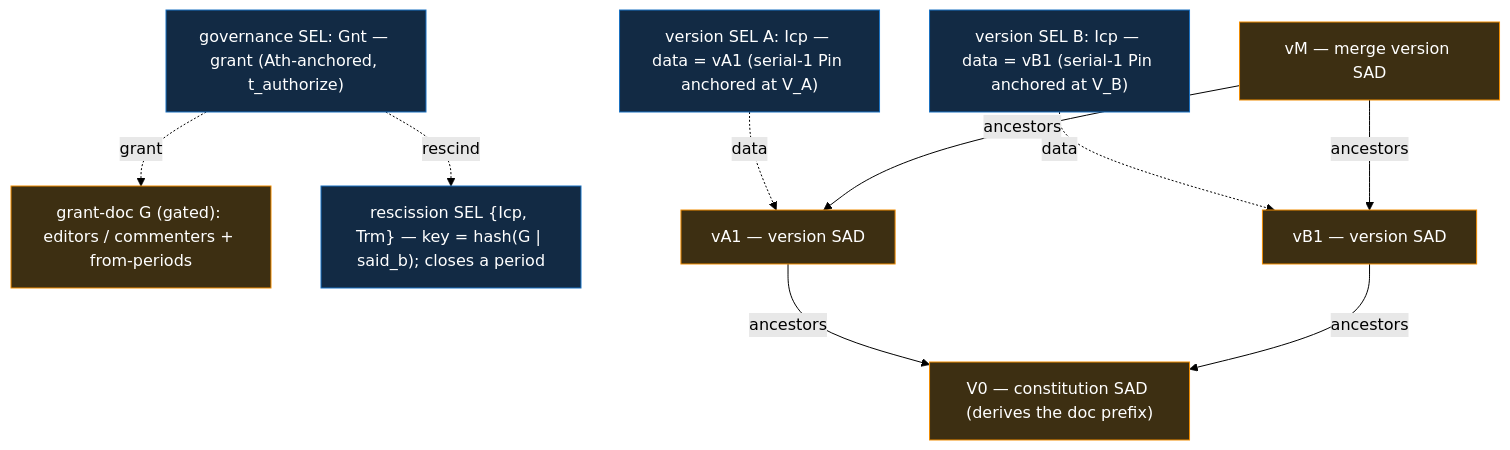
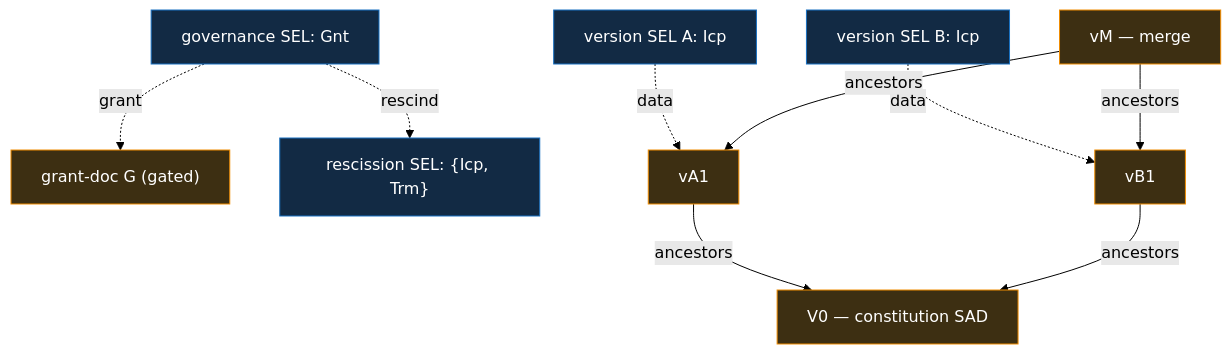
One commit to jasoncolburne/vdti changed the diagram in docs/design/features/multi-party/documents.md. Above: the diagram before and after it, drawn with Mermaid (forest theme). The commit also changed 7 other files, not shown here.

Commit message:
VDTI-10: Diagram updates

````diff
--- a/docs/design/features/multi-party/documents.md
+++ b/docs/design/features/multi-party/documents.md
@@ -25,22 +25,22 @@
 ```mermaid
 flowchart TB
-  V0["V0 — constitution SAD (derives the doc prefix)"]:::doc
-  gGnt["governance SEL: Gnt — grant (Ath-anchored, t_authorize)"]:::sel
-  G["grant-doc G (gated): editors / commenters + from-periods"]:::doc
-  Resc["rescission SEL {Icp, Trm} — key = hash(G | said_b); closes a period"]:::sel
-  vA["version SEL A: Icp — data = vA1 (serial-1 Pin anchored at V_A)"]:::sel
-  vB["version SEL B: Icp — data = vB1 (serial-1 Pin anchored at V_B)"]:::sel
-  vA1["vA1 — version SAD"]:::doc
-  vB1["vB1 — version SAD"]:::doc
-  vM["vM — merge version SAD"]:::doc
+  V0["V0 — constitution SAD"]:::doc
+  gGnt["governance SEL: Gnt"]:::sel
+  G["grant-doc G (gated)"]:::doc
+  Resc["rescission SEL: {Icp, Trm}"]:::sel
+  vA["version SEL A: Icp"]:::sel
+  vB["version SEL B: Icp"]:::sel
+  vA1["vA1"]:::doc
+  vB1["vB1"]:::doc
+  vM["vM — merge"]:::doc
   gGnt -.->|grant| G
   gGnt -. rescind .-> Resc
   vA -.->|data| vA1
   vB -.->|data| vB1
   vA1 -->|ancestors| V0
   vB1 -->|ancestors| V0
   vM -->|ancestors| vA1
   vM -->|ancestors| vB1
   classDef sel fill:#122a44,stroke:#1971c2,color:#fff
   classDef doc fill:#3d2f12,stroke:#f08c00,color:#fff
 ```
````
